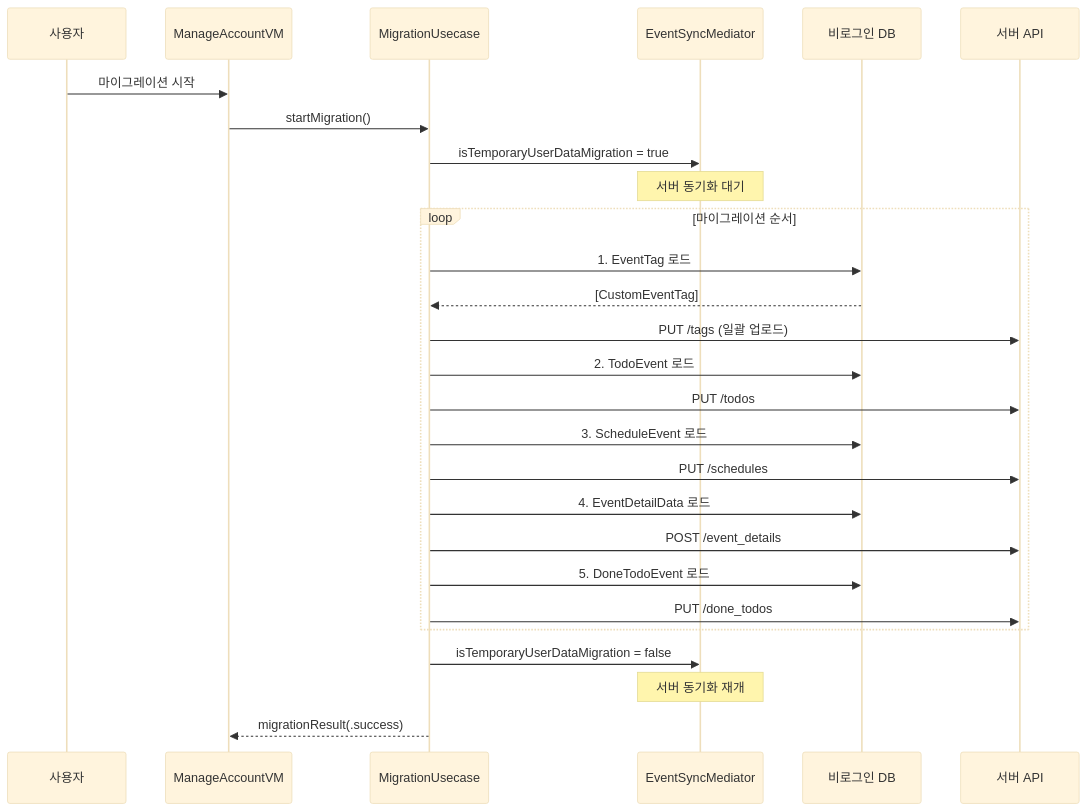
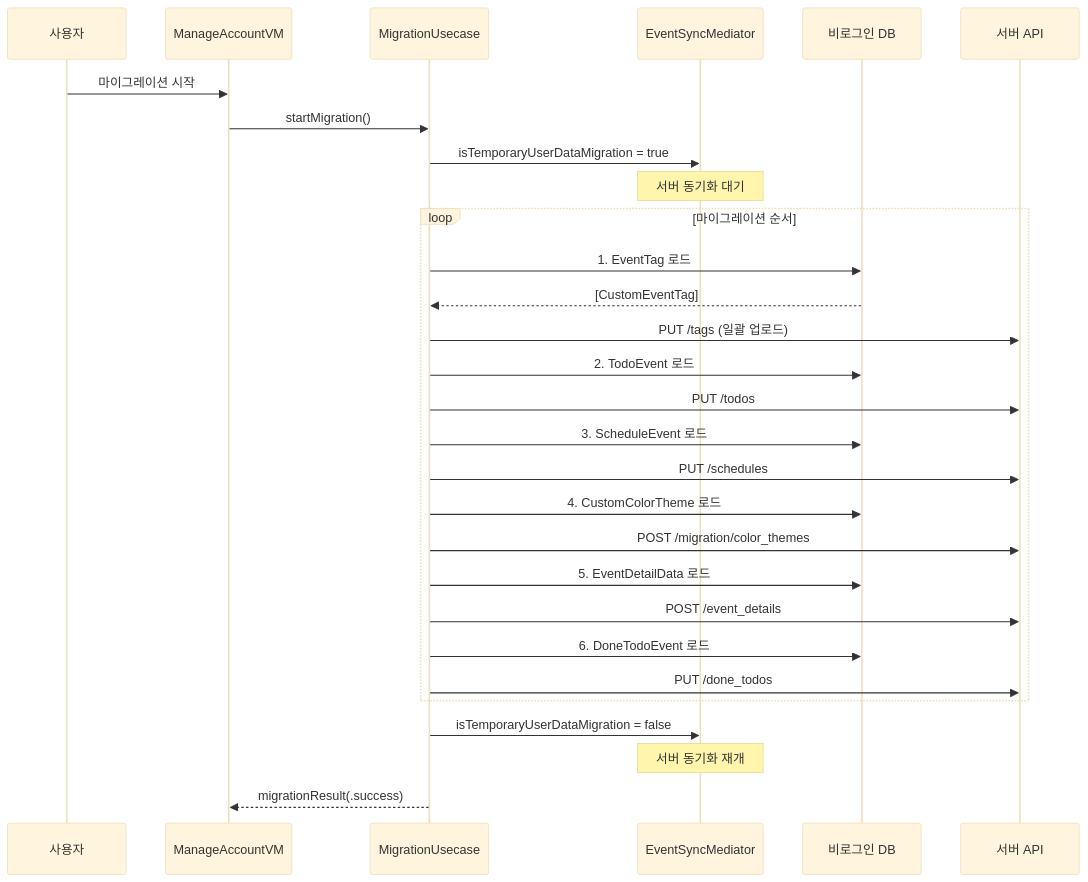
The second of 2 diagrams in docs/spec/account-auth.md (sudopark/TodoCalendar), drawn with Mermaid (base theme) before and after one commit. The commit also changed other lines of this file and 1 other file, not shown here.

Commit message:
[#1235] 테마와 계정 스펙에 로그인 전환 이전을 적는다
- color-themes.md 동기화 — 비로그인 테마가 이전 API 로 올라가고 임시 DB 에서 지워지는 흐름과 시각 정수 내림을 적었다
- account-auth.md 데이터 마이그레이션 — 이전 순서에 커스텀 테마 단계를 넣고, 실패 처리와 이전 필요 건수를 적었다

````diff
--- a/docs/spec/account-auth.md
+++ b/docs/spec/account-auth.md
@@ -168,36 +171,39 @@
 ```mermaid
 sequenceDiagram
     participant User as 사용자
     participant VM as ManageAccountVM
     participant Mig as MigrationUsecase
     participant Med as EventSyncMediator
     participant Local as 비로그인 DB
     participant Remote as 서버 API
 
     User->>VM: 마이그레이션 시작
     VM->>Mig: startMigration()
     Mig->>Med: isTemporaryUserDataMigration = true
     Note over Med: 서버 동기화 대기
 
     loop 마이그레이션 순서
         Mig->>Local: 1. EventTag 로드
         Local-->>Mig: [CustomEventTag]
         Mig->>Remote: PUT /tags (일괄 업로드)
 
         Mig->>Local: 2. TodoEvent 로드
         Mig->>Remote: PUT /todos
 
         Mig->>Local: 3. ScheduleEvent 로드
         Mig->>Remote: PUT /schedules
 
-        Mig->>Local: 4. EventDetailData 로드
+        Mig->>Local: 4. CustomColorTheme 로드
+        Mig->>Remote: POST /migration/color_themes
+
+        Mig->>Local: 5. EventDetailData 로드
         Mig->>Remote: POST /event_details
 
-        Mig->>Local: 5. DoneTodoEvent 로드
+        Mig->>Local: 6. DoneTodoEvent 로드
         Mig->>Remote: PUT /done_todos
     end
 
     Mig->>Med: isTemporaryUserDataMigration = false
     Note over Med: 서버 동기화 재개
     Mig-->>VM: migrationResult(.success)
 ```
````
